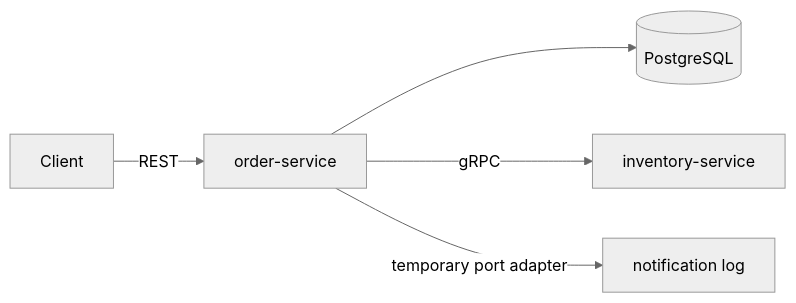
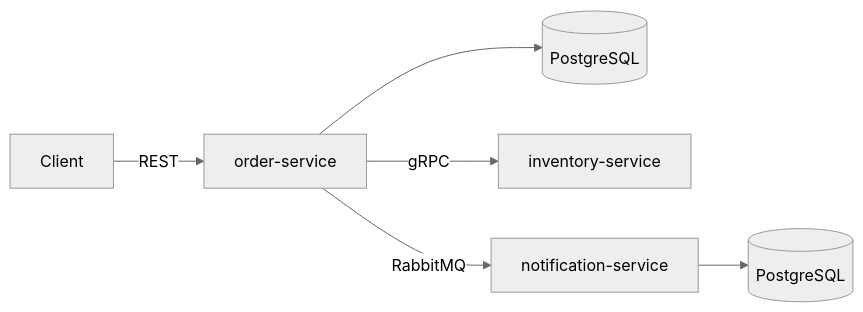
The diagram in README.md (mojtaba-gheytasi/go-order-system-showcase), drawn with Mermaid (neutral theme) before and after one commit. The commit also changed other lines of this file and 1 other file, not shown here.

````diff
--- a/README.md
+++ b/README.md
@@ -19,7 +20,8 @@
 ```mermaid
 graph LR
     C[Client] -->|REST| O[order-service]
     O --> P[(PostgreSQL)]
     O -->|gRPC| I[inventory-service]
-    O -->|temporary port adapter| N[notification log]
+    O -->|RabbitMQ| N[notification-service]
+    N --> NP[(PostgreSQL)]
 ```
````
